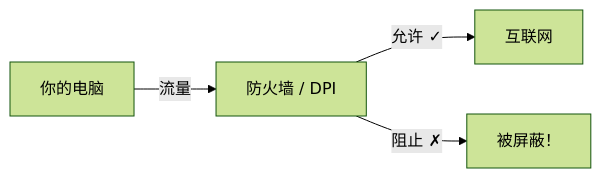
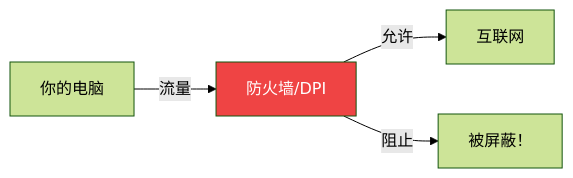
One commit to prisma-proxy/prisma changed the sixth of 7 diagrams in prisma-docs/i18n/zh-Hans/docusaurus-plugin-content-docs-guide/current/basics.md. Above: the diagram before and after it, drawn with Mermaid (forest theme). The commit also changed other lines of this file and 37 other files, not shown here.

First line of the commit message:
docs: rewrite guide with 30+ Mermaid diagrams, fix multi-instance config

````diff
--- a/prisma-docs/i18n/zh-Hans/docusaurus-plugin-content-docs-guide/current/basics.md
+++ b/prisma-docs/i18n/zh-Hans/docusaurus-plugin-content-docs-guide/current/basics.md
@@ -168,6 +92,7 @@
 ```mermaid
 graph LR
-    A["你的电脑"] -->|流量| B["防火墙 / DPI"]
-    B -->|"允许 ✓"| C["互联网"]
-    B -->|"阻止 ✗"| D["被屏蔽！"]
+    A["你的电脑"] -->|"流量"| FW["防火墙/DPI"]
+    FW -->|"允许"| I["互联网"]
+    FW -->|"阻止"| X["被屏蔽！"]
+    style FW fill:#ef4444,color:#fff
 ```
````
